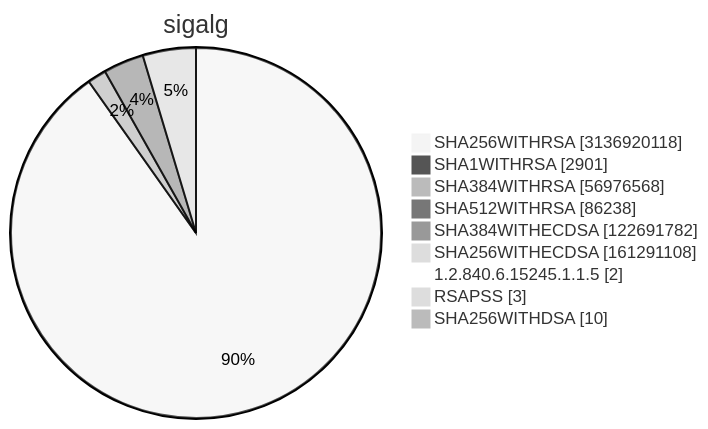
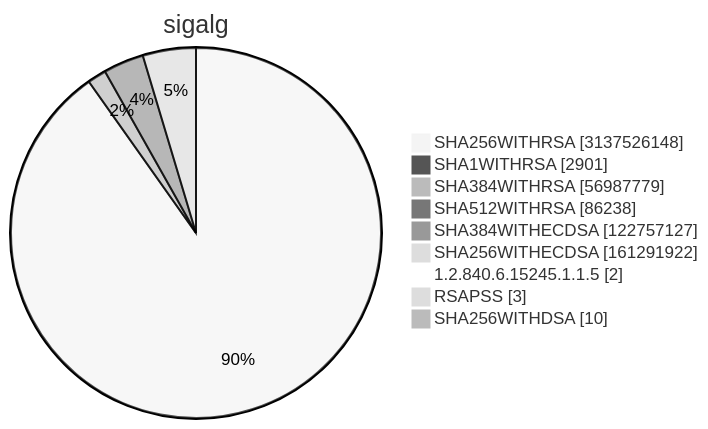
Diagram 15 of 15 in TOTAL/README.md (christiankrug/ctmonitor_visualization), drawn with Mermaid (neutral theme) before and after one commit. The commit also changed other lines of this file, not shown here.

````diff
--- a/TOTAL/README.md
+++ b/TOTAL/README.md
@@ -6212,13 +6212,13 @@
 ```mermaid
 pie showData
 title sigalg
-"SHA256WITHRSA" :3136920118
+"SHA256WITHRSA" :3137526148
 "SHA1WITHRSA" :2901
-"SHA384WITHRSA" :56976568
+"SHA384WITHRSA" :56987779
 "SHA512WITHRSA" :86238
-"SHA384WITHECDSA" :122691782
-"SHA256WITHECDSA" :161291108
+"SHA384WITHECDSA" :122757127
+"SHA256WITHECDSA" :161291922
 "1.2.840.6.15245.1.1.5" :2
 "RSAPSS" :3
 "SHA256WITHDSA" :10
 ```
````
